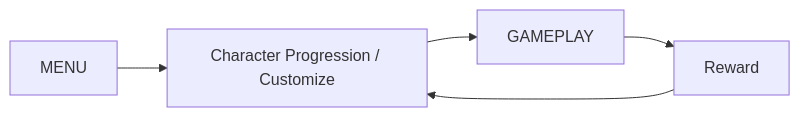
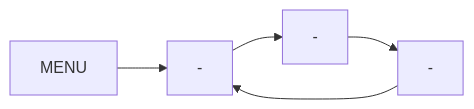
Before and after one commit to SShoww/Your-Story: the diagram in GameJam/Docs/GDD/01-core-loop.md, drawn with Mermaid. The commit also changed other lines of this file, not shown here.

````diff
--- a/GameJam/Docs/GDD/01-core-loop.md
+++ b/GameJam/Docs/GDD/01-core-loop.md
@@ -12,7 +12,7 @@
 ```mermaid
 flowchart LR
-A[MENU] --> B[Character Progression / Customize]
-B --> C[GAMEPLAY]
-C --> D[Reward]
+A[MENU] --> B[-]
+B --> C[-]
+C --> D[-]
 D --> B
 ```
````
